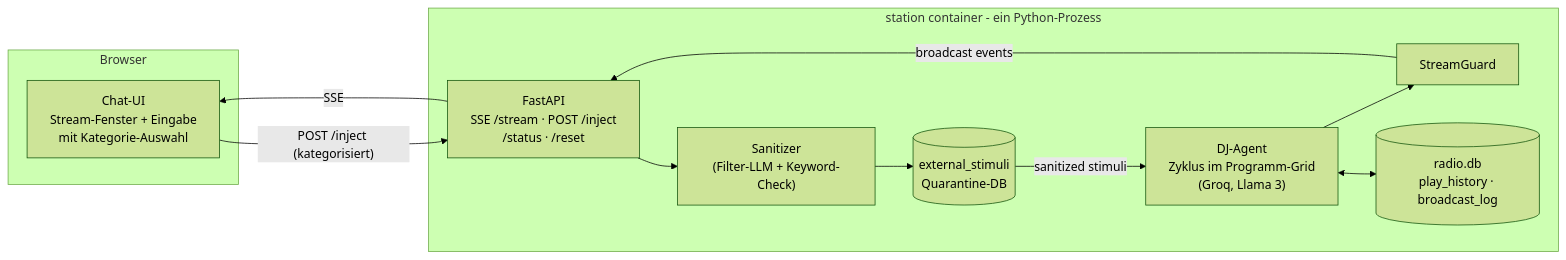
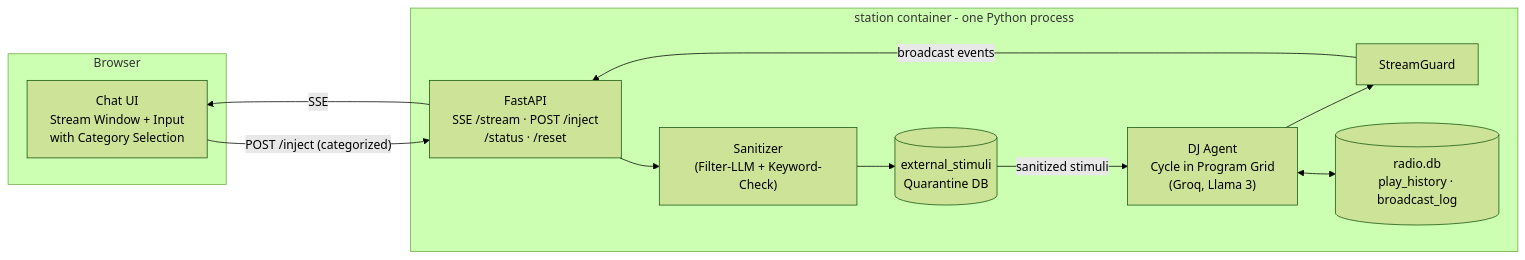
The diagram in station/raido_station_poc_0e306e19.plan.md (derpixler/raido-fm), drawn with Mermaid (forest theme) before and after one commit. The commit also changed other lines of this file and 60 other files, not shown here.

````diff
--- a/station/raido_station_poc_0e306e19.plan.md
+++ b/station/raido_station_poc_0e306e19.plan.md
@@ -48,19 +48,19 @@
 ```mermaid
 flowchart LR
     subgraph browser [Browser]
-        UI["Chat-UI<br/>Stream-Fenster + Eingabe<br/>mit Kategorie-Auswahl"]
+        UI["Chat UI<br/>Stream Window + Input<br/>with Category Selection"]
     end
-    subgraph container [station container - ein Python-Prozess]
+    subgraph container [station container - one Python process]
         API["FastAPI<br/>SSE /stream · POST /inject<br/>/status · /reset"]
         SAN["Sanitizer<br/>(Filter-LLM + Keyword-Check)"]
-        QDB[("external_stimuli<br/>Quarantine-DB")]
-        DJ["DJ-Agent<br/>Zyklus im Programm-Grid<br/>(Groq, Llama 3)"]
+        QDB[("external_stimuli<br/>Quarantine DB")]
+        DJ["DJ Agent<br/>Cycle in Program Grid<br/>(Groq, Llama 3)"]
         GUARD["StreamGuard"]
         LOG[("radio.db<br/>play_history · broadcast_log")]
     end
-    UI -->|"POST /inject (kategorisiert)"| API --> SAN --> QDB
+    UI -->|"POST /inject (categorized)"| API --> SAN --> QDB
     QDB -->|sanitized stimuli| DJ
     DJ --> GUARD -->|broadcast events| API
     API -->|SSE| UI
     DJ <--> LOG
 ```
````
